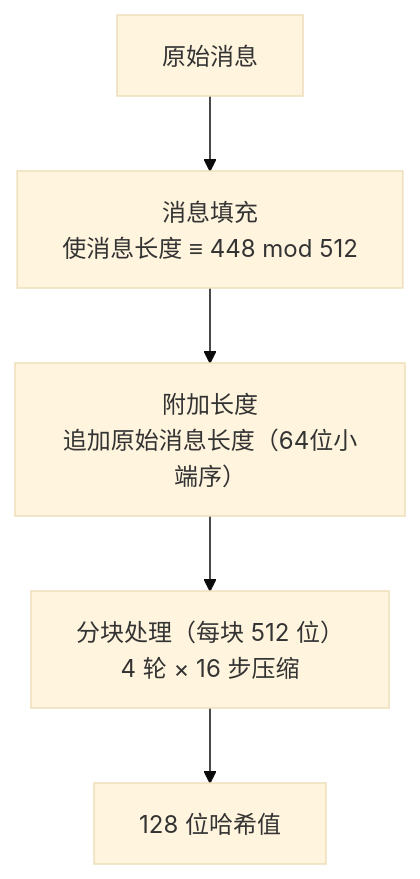
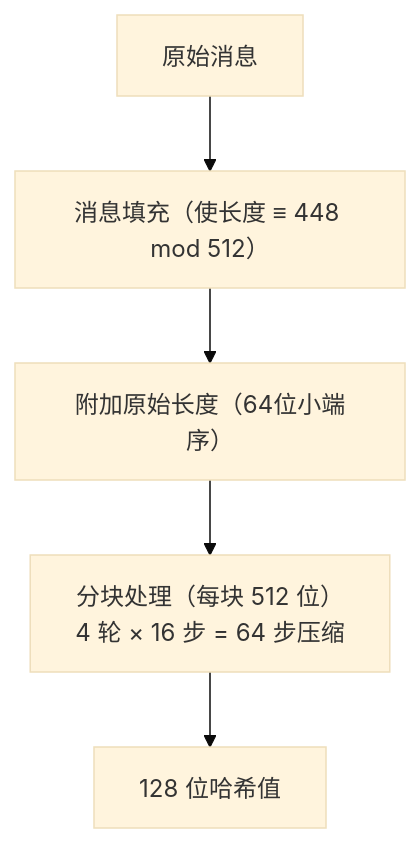
One commit to chinehe/knowledge-mkdocs changed the diagram in docs/Computer&Network/摘要算法/MD5.md. Above: the diagram before and after it, drawn with Mermaid (base theme). The commit also changed other lines of this file and 7 other files, not shown here.

````diff
--- a/docs/Computer&Network/摘要算法/MD5.md
+++ b/docs/Computer&Network/摘要算法/MD5.md
@@ -37,7 +35,7 @@
 ```mermaid
 flowchart TD
-    A[原始消息] --> B["消息填充<br>使消息长度 ≡ 448 mod 512"]
-    B --> C["附加长度<br>追加原始消息长度（64位小端序）"]
-    C --> D["分块处理（每块 512 位）<br>4 轮 × 16 步压缩"]
+    A[原始消息] --> B["消息填充（使长度 ≡ 448 mod 512）"]
+    B --> C["附加原始长度（64位小端序）"]
+    C --> D["分块处理（每块 512 位）<br>4 轮 × 16 步 = 64 步压缩"]
     D --> E[128 位哈希值]
 ```
````
